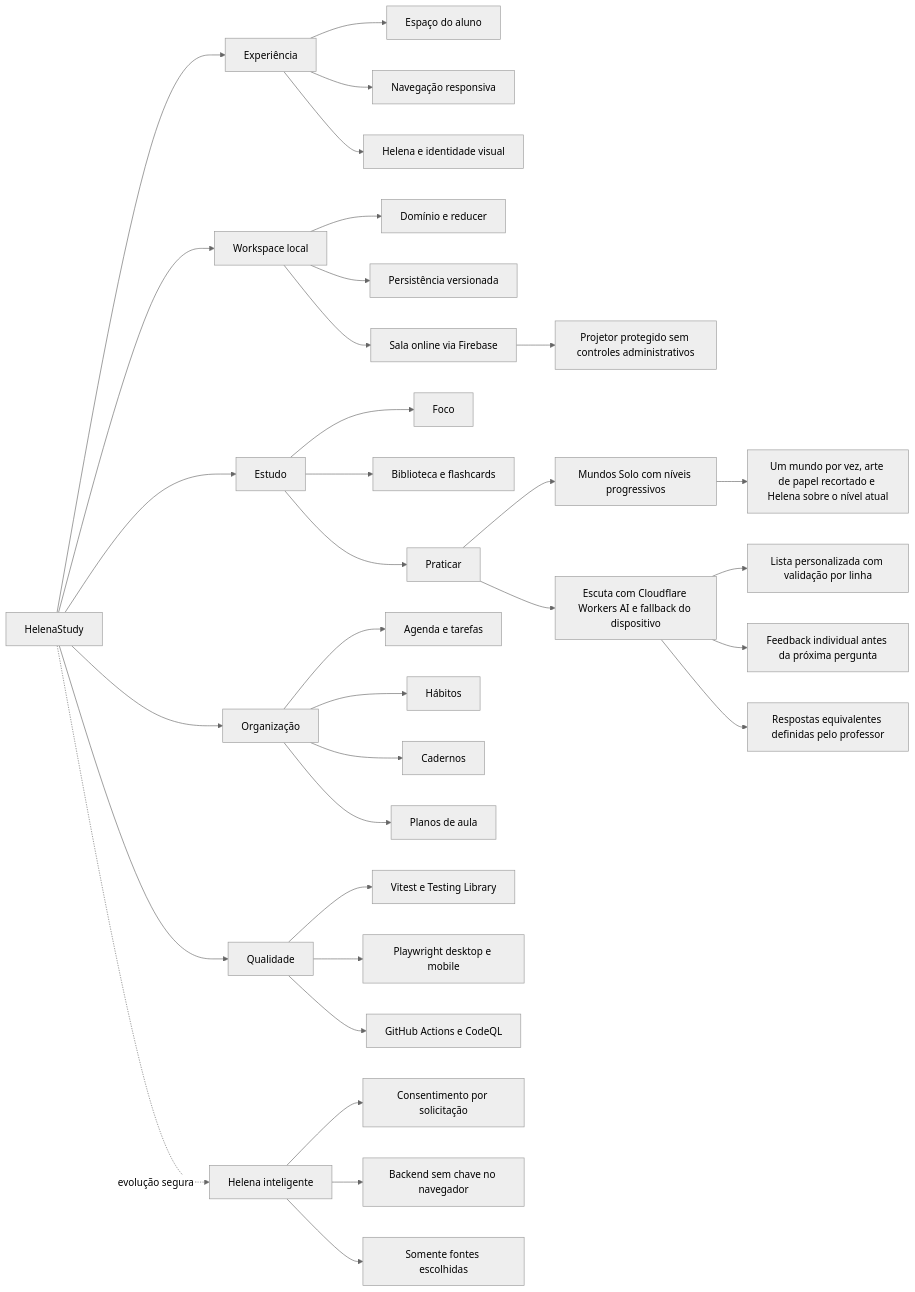
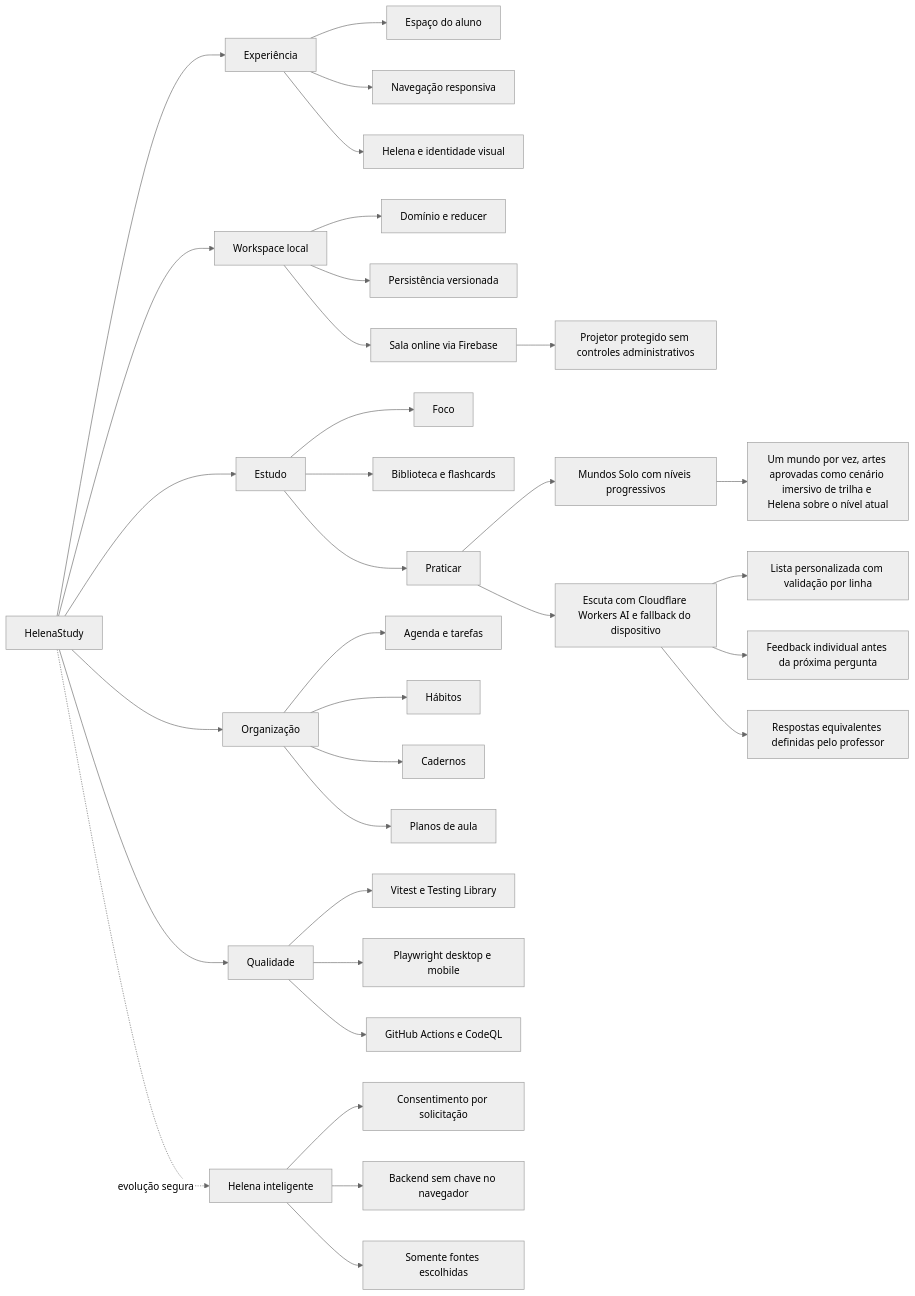
The diagram in docs/SECOND_BRAIN.md (olive644/helenastudy), drawn with Mermaid (neutral theme) before and after one commit. The commit also changed 10 other files, not shown here.

````diff
--- a/docs/SECOND_BRAIN.md
+++ b/docs/SECOND_BRAIN.md
@@ -77,41 +77,41 @@
 ```mermaid
 flowchart LR
   HS[HelenaStudy] --> UX[Experiência]
   HS --> DATA[Workspace local]
   HS --> STUDY[Estudo]
   HS --> ORG[Organização]
   HS --> QUALITY[Qualidade]
   HS -. evolução segura .-> INTEL[Helena inteligente]
 
   UX --> TODAY[Espaço do aluno]
   UX --> NAV[Navegação responsiva]
   UX --> BRAND[Helena e identidade visual]
 
   DATA --> DOMAIN[Domínio e reducer]
   DATA --> STORAGE[Persistência versionada]
   DATA --> ROOM[Sala online via Firebase]
 
   STUDY --> FOCUS[Foco]
   STUDY --> LIB[Biblioteca e flashcards]
   STUDY --> PRACTICE[Praticar]
   PRACTICE --> WORLDS[Mundos Solo com níveis progressivos]
-  WORLDS --> MOTION[Um mundo por vez, arte de papel recortado e Helena sobre o nível atual]
+  WORLDS --> MOTION[Um mundo por vez, artes aprovadas como cenário imersivo de trilha e Helena sobre o nível atual]
   PRACTICE --> LISTEN[Escuta com Cloudflare Workers AI e fallback do dispositivo]
   LISTEN --> CUSTOM[Lista personalizada com validação por linha]
   LISTEN --> FEEDBACK[Feedback individual antes da próxima pergunta]
   ROOM --> PROJECTOR[Projetor protegido sem controles administrativos]
   LISTEN --> ALIASES[Respostas equivalentes definidas pelo professor]
 
   ORG --> PLAN[Agenda e tarefas]
   ORG --> HABITS[Hábitos]
   ORG --> NOTES[Cadernos]
   ORG --> LESSON[Planos de aula]
 
   QUALITY --> UNIT[Vitest e Testing Library]
   QUALITY --> E2E[Playwright desktop e mobile]
   QUALITY --> CI[GitHub Actions e CodeQL]
 
   INTEL --> CONSENT[Consentimento por solicitação]
   INTEL --> BACKEND[Backend sem chave no navegador]
   INTEL --> SOURCES[Somente fontes escolhidas]
 ```
````
